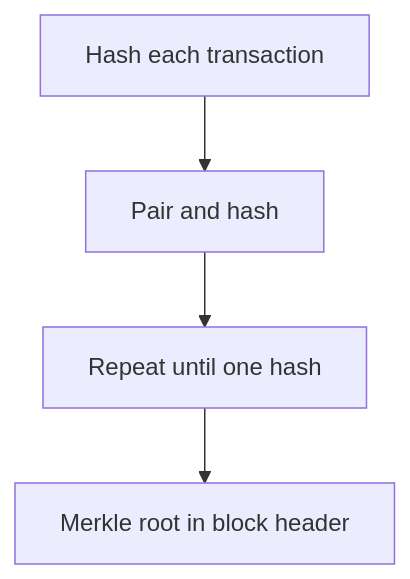
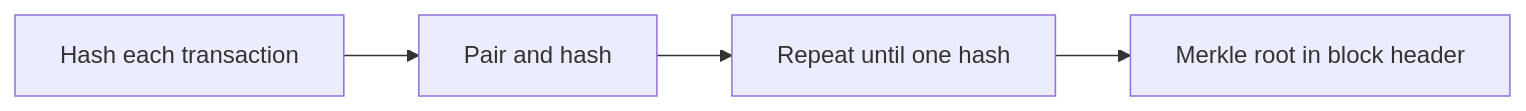
One commit to Existenziell/bitcoindev changed the first of 3 diagrams in app/docs/bitcoin/merkle-trees/merkle-trees.md. Above: the diagram before and after it, drawn with Mermaid. The commit also changed other lines of this file and 3 other files, not shown here.

Commit message:
style: fix mermaid diagrams

````diff
--- a/app/docs/bitcoin/merkle-trees/merkle-trees.md
+++ b/app/docs/bitcoin/merkle-trees/merkle-trees.md
@@ -27,8 +27,8 @@
 ```mermaid
-flowchart TD
+flowchart LR
   Tx[Hash each transaction]
   Pair[Pair and hash]
   Repeat[Repeat until one hash]
   Root[Merkle root in block header]
   Tx --> Pair --> Repeat --> Root
 ```
````
